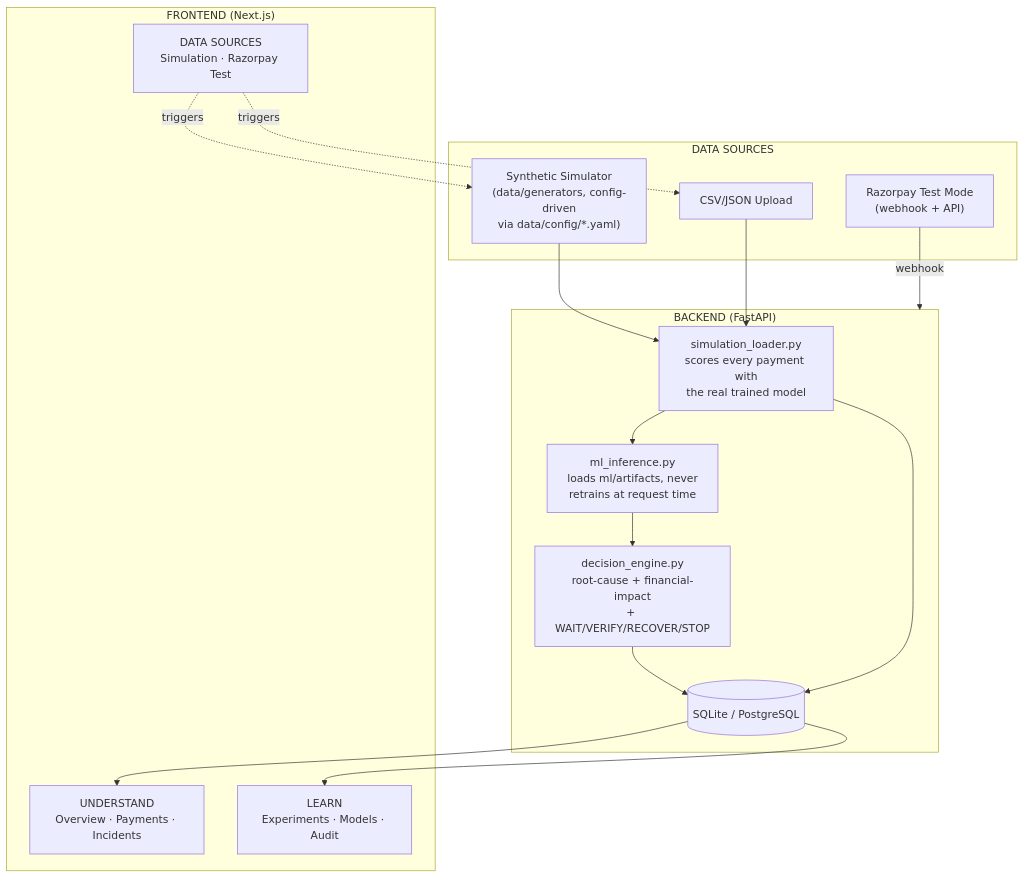
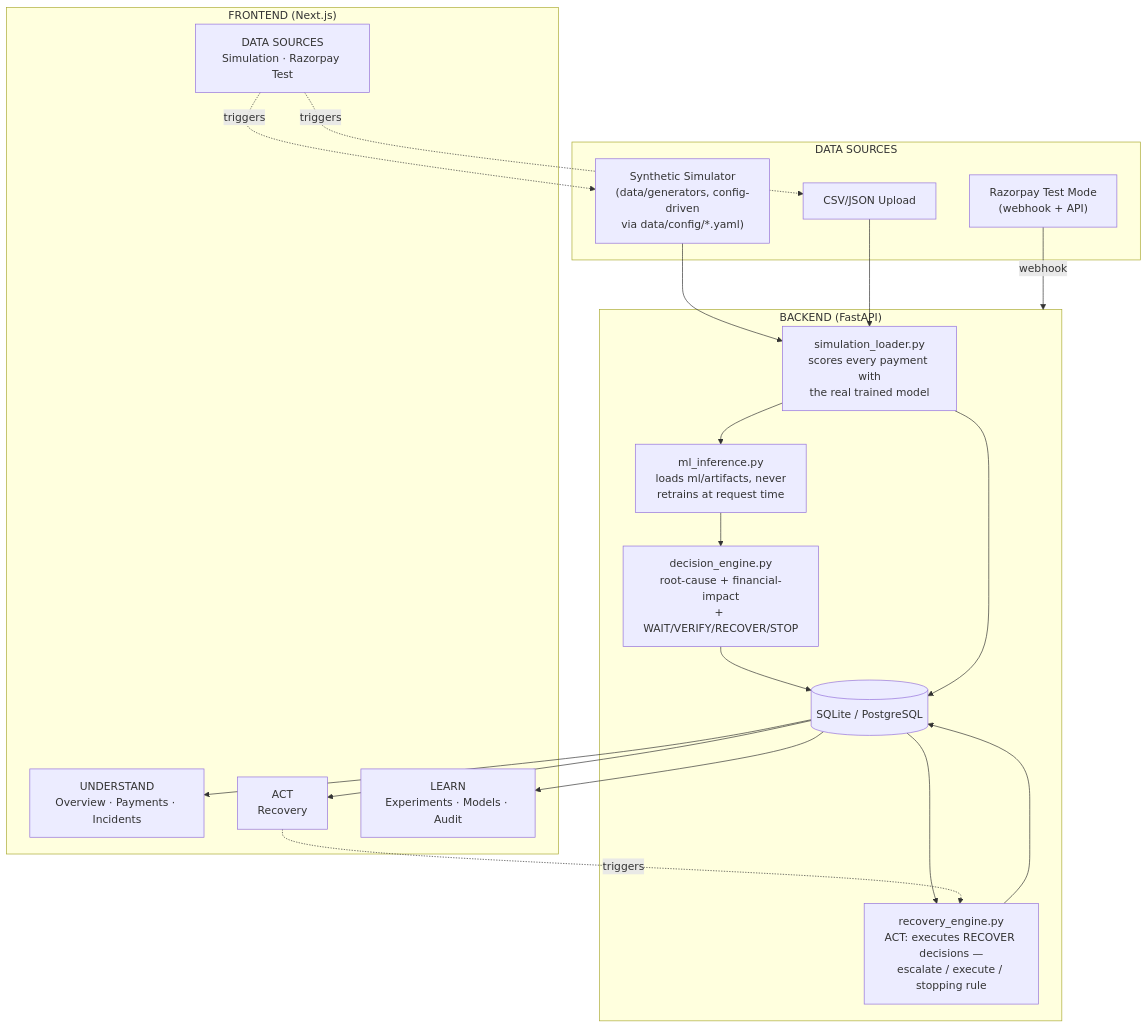
The diagram in README.md (RAJARYANSINGH0059/payment-truth), drawn with Mermaid before and after one commit. The commit also changed other lines of this file and 15 other files, not shown here.

````diff
--- a/README.md
+++ b/README.md
@@ -184,33 +191,39 @@
 ```mermaid
 flowchart TD
     subgraph DataSources["DATA SOURCES"]
         SIM["Synthetic Simulator<br/>(data/generators, config-driven<br/>via data/config/*.yaml)"]
         UPLOAD["CSV/JSON Upload"]
         RZP["Razorpay Test Mode<br/>(webhook + API)"]
     end
 
     subgraph Backend["BACKEND (FastAPI)"]
         LOADER["simulation_loader.py<br/>scores every payment with<br/>the real trained model"]
         DECIDE["decision_engine.py<br/>root-cause + financial-impact<br/>+ WAIT/VERIFY/RECOVER/STOP"]
+        RECOVER["recovery_engine.py<br/>ACT: executes RECOVER decisions —<br/>escalate / execute / stopping rule"]
         DB[("SQLite / PostgreSQL")]
         ML["ml_inference.py<br/>loads ml/artifacts, never<br/>retrains at request time"]
     end
 
     subgraph Frontend["FRONTEND (Next.js)"]
         UI_UNDERSTAND["UNDERSTAND<br/>Overview · Payments · Incidents"]
+        UI_ACT["ACT<br/>Recovery"]
         UI_LEARN["LEARN<br/>Experiments · Models · Audit"]
         UI_DATA["DATA SOURCES<br/>Simulation · Razorpay Test"]
     end
 
     SIM --> LOADER
     UPLOAD --> LOADER
     RZP -->|webhook| Backend
     LOADER --> ML
     ML --> DECIDE
     DECIDE --> DB
+    DB --> RECOVER
+    RECOVER --> DB
     LOADER --> DB
     DB --> UI_UNDERSTAND
+    DB --> UI_ACT
     DB --> UI_LEARN
     UI_DATA -.triggers.-> SIM
     UI_DATA -.triggers.-> UPLOAD
+    UI_ACT -.triggers.-> RECOVER
 ```
````
